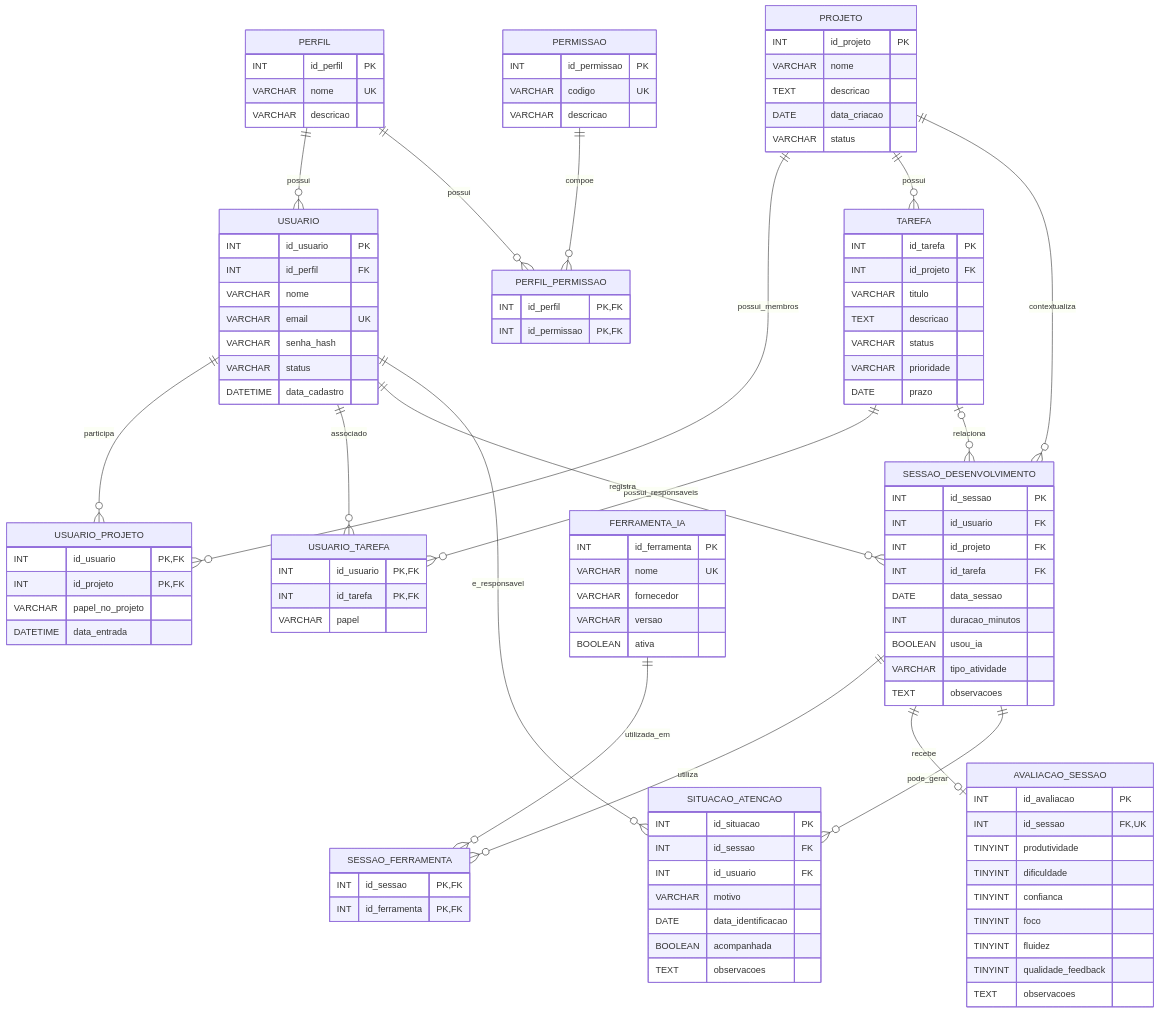
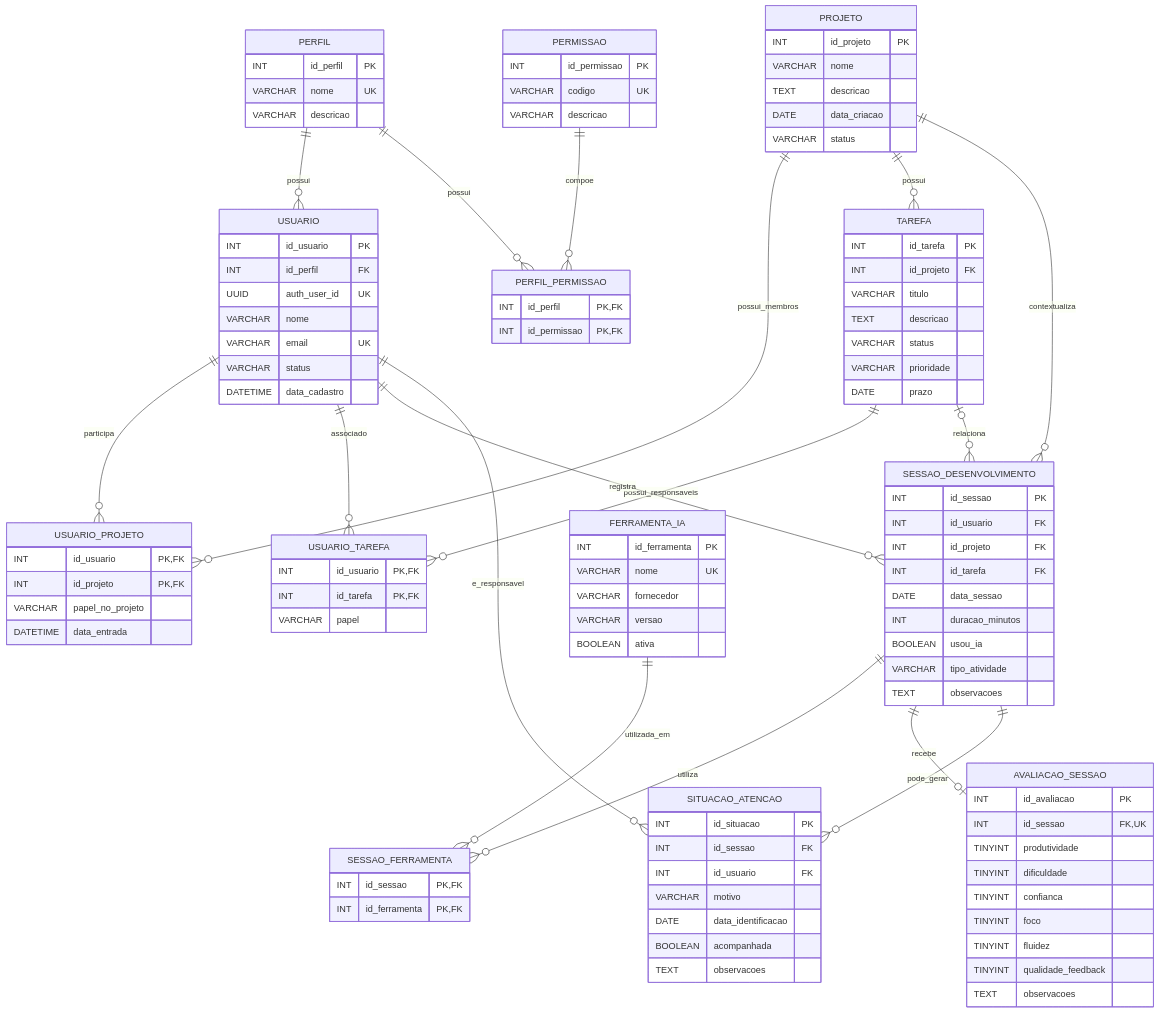
The diagram in docs/der.md (TobiasFonsatti/AI-Dev-Tracker), drawn with Mermaid before and after one commit. The commit also changed other lines of this file and 3 other files, not shown here.

First line of the commit message:
Replace usuario.senha_hash with auth_user_id referencing Supabase Auth (Sprint 1, item 0)

```diff
--- a/docs/der.md
+++ b/docs/der.md
@@ -47,9 +47,9 @@
   USUARIO {
     INT id_usuario PK
     INT id_perfil FK
+    UUID auth_user_id UK
     VARCHAR nome
     VARCHAR email UK
-    VARCHAR senha_hash
     VARCHAR status
     DATETIME data_cadastro
   }
```
